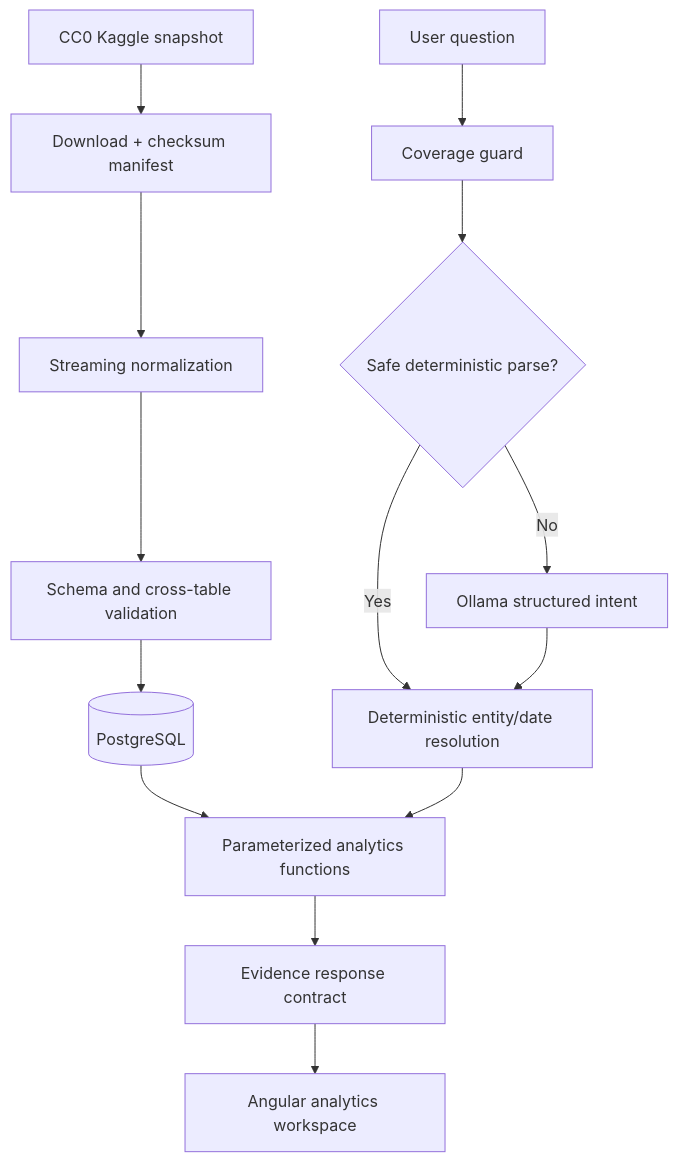
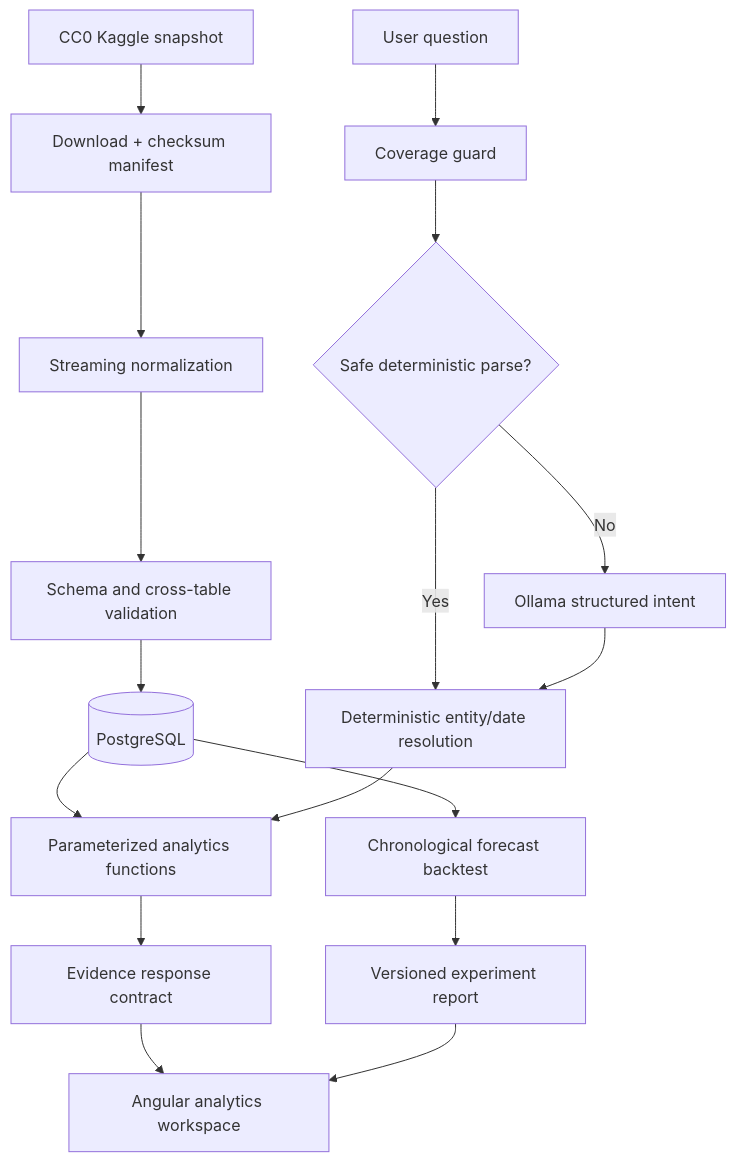
The diagram in docs/ARCHITECTURE.md (Nico71113/nba-rockets-ai-analytics), drawn with Mermaid before and after one commit. The commit also changed other lines of this file and 29 other files, not shown here.

````diff
--- a/docs/ARCHITECTURE.md
+++ b/docs/ARCHITECTURE.md
@@ -11,16 +11,19 @@
 ```mermaid
 flowchart TD
     A[CC0 Kaggle snapshot] --> B[Download + checksum manifest]
     B --> C[Streaming normalization]
     C --> D[Schema and cross-table validation]
     D --> E[(PostgreSQL)]
     Q[User question] --> F[Coverage guard]
     F --> G{Safe deterministic parse?}
     G -->|Yes| H[Deterministic entity/date resolution]
     G -->|No| L[Ollama structured intent]
     L --> H
     E --> I[Parameterized analytics functions]
+    E --> M[Chronological forecast backtest]
     H --> I
     I --> J[Evidence response contract]
     J --> K[Angular analytics workspace]
+    M --> N[Versioned experiment report]
+    N --> K
 ```
````
